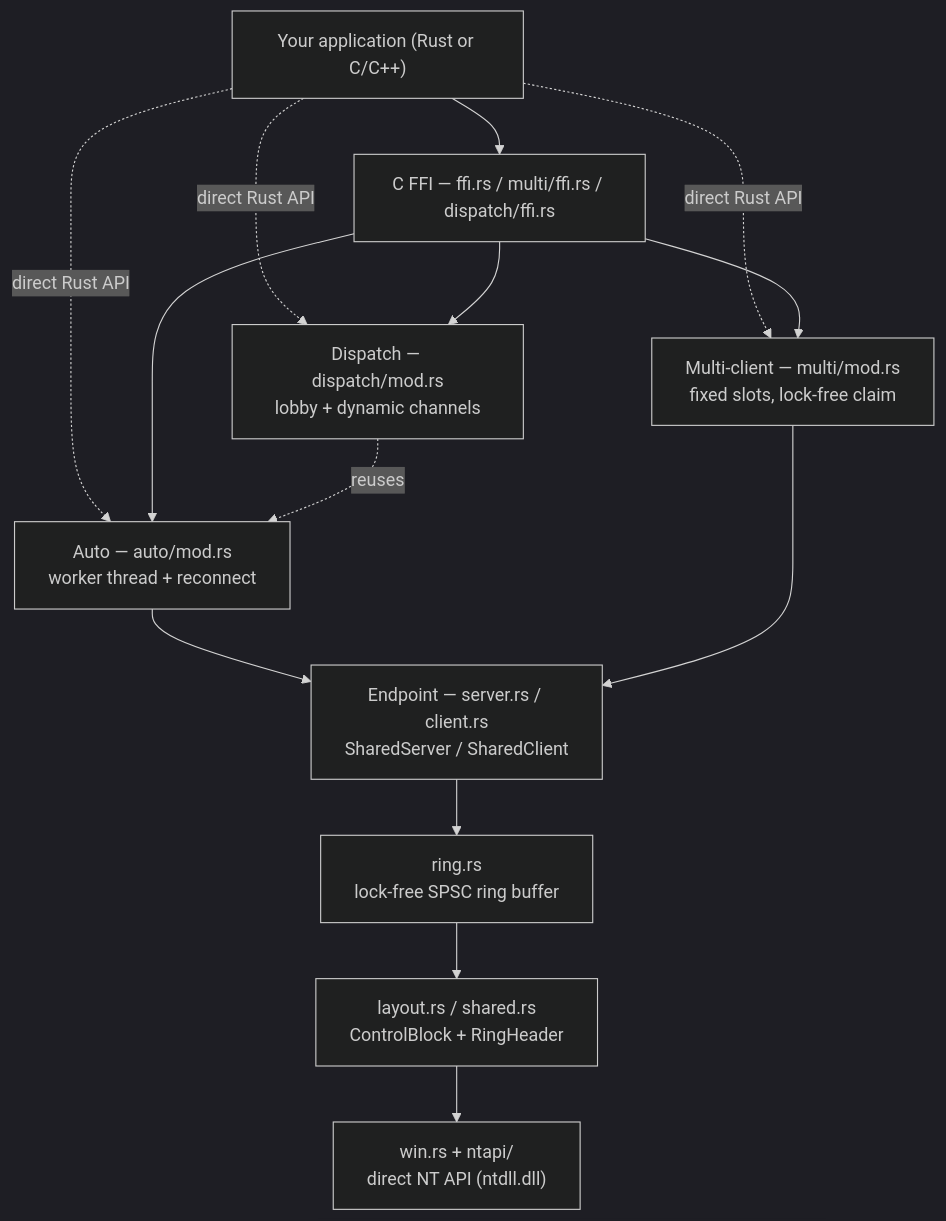
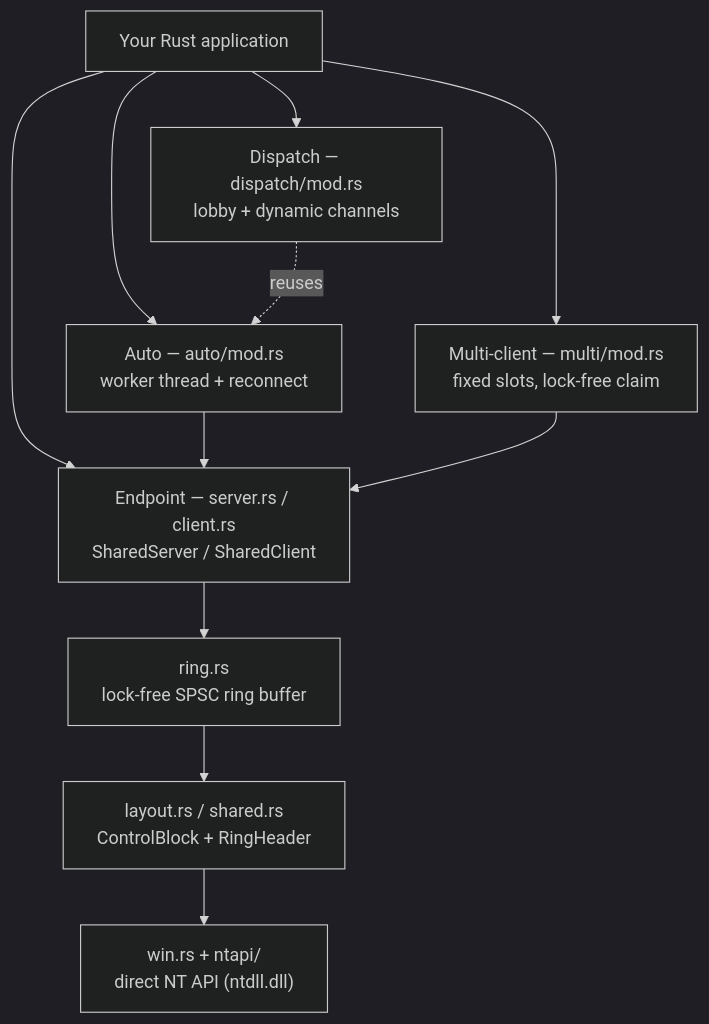
One commit to Platon7788/xshm changed the first of 4 diagrams in README.md. Above: the diagram before and after it, drawn with Mermaid (dark theme). The commit also changed other lines of this file and 1 other file, not shown here.

````diff
--- a/README.md
+++ b/README.md
@@ -49,21 +55,17 @@
 ```mermaid
 flowchart TD
-    App["Your application (Rust or C/C++)"]
-    App --> FFI["C FFI — ffi.rs / multi/ffi.rs / dispatch/ffi.rs"]
-    App -. direct Rust API .-> Auto
-    App -. direct Rust API .-> Multi
-    App -. direct Rust API .-> Dispatch
-
-    FFI --> Auto["Auto — auto/mod.rs<br/>worker thread + reconnect"]
-    FFI --> Multi["Multi-client — multi/mod.rs<br/>fixed slots, lock-free claim"]
-    FFI --> Dispatch["Dispatch — dispatch/mod.rs<br/>lobby + dynamic channels"]
+    App["Your Rust application"]
+    App --> Auto["Auto — auto/mod.rs<br/>worker thread + reconnect"]
+    App --> Multi["Multi-client — multi/mod.rs<br/>fixed slots, lock-free claim"]
+    App --> Dispatch["Dispatch — dispatch/mod.rs<br/>lobby + dynamic channels"]
+    App --> Endpoint
 
     Dispatch -. reuses .-> Auto
 
     Auto --> Endpoint["Endpoint — server.rs / client.rs<br/>SharedServer / SharedClient"]
     Multi --> Endpoint
 
     Endpoint --> Ring["ring.rs<br/>lock-free SPSC ring buffer"]
     Ring --> Layout["layout.rs / shared.rs<br/>ControlBlock + RingHeader"]
     Layout --> Platform["win.rs + ntapi/<br/>direct NT API (ntdll.dll)"]
 ```
````
